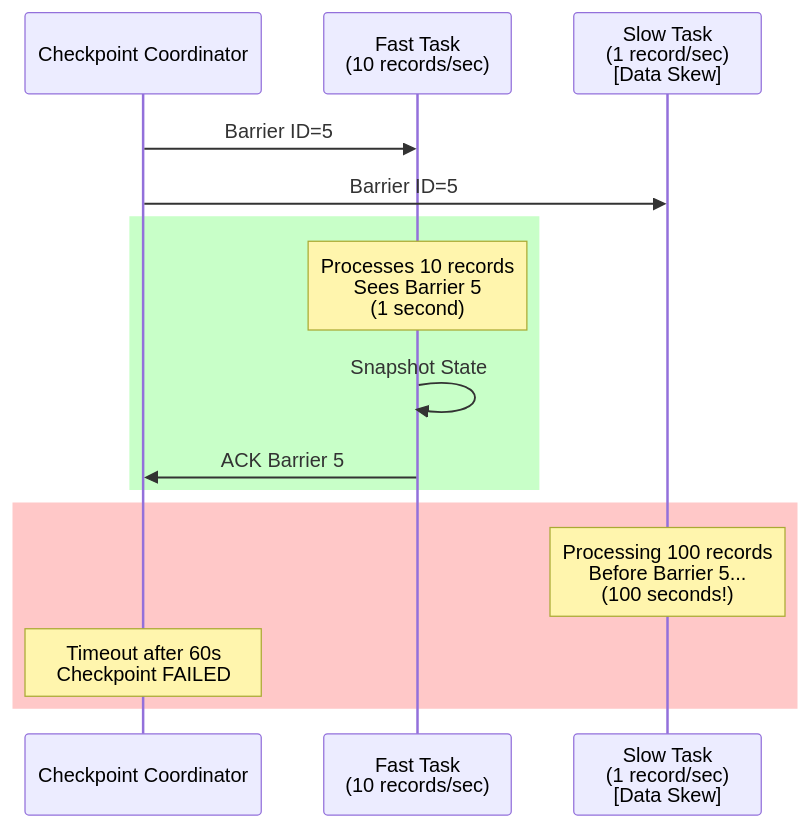
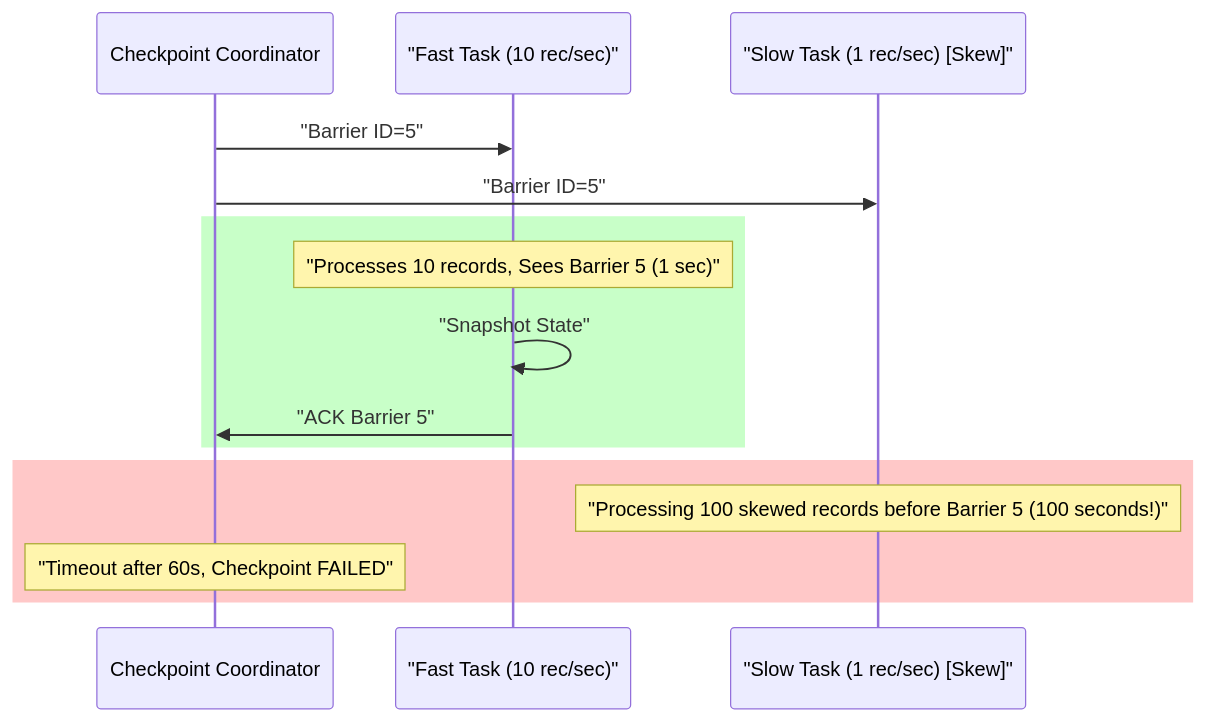
The fifth of 5 diagrams in Stream Processing/02_Apache_Flink.md (Anmol33/SystemDesign), drawn with Mermaid before and after one commit. The commit also changed other lines of this file and 7 other files, not shown here.

````diff
--- a/Stream Processing/02_Apache_Flink.md
+++ b/Stream Processing/02_Apache_Flink.md
@@ -253,20 +541,20 @@
 ```mermaid
 sequenceDiagram
     participant Coord as Checkpoint Coordinator
-    participant Fast as Fast Task<br/>(10 records/sec)
-    participant Slow as Slow Task<br/>(1 record/sec)<br/>[Data Skew]
+    participant Fast as "Fast Task (10 rec/sec)"
+    participant Slow as "Slow Task (1 rec/sec) [Skew]"
     
-    Coord->>Fast: Barrier ID=5
-    Coord->>Slow: Barrier ID=5
+    Coord->>Fast: "Barrier ID=5"
+    Coord->>Slow: "Barrier ID=5"
     
     rect rgb(200, 255, 200)
-        Note over Fast: Processes 10 records<br/>Sees Barrier 5<br/>(1 second)
-        Fast->>Fast: Snapshot State
-        Fast->>Coord: ACK Barrier 5
+        Note over Fast: "Processes 10 records, Sees Barrier 5 (1 sec)"
+        Fast->>Fast: "Snapshot State"
+        Fast->>Coord: "ACK Barrier 5"
     end
     
     rect rgb(255, 200, 200)
-        Note over Slow: Processing 100 records<br/>Before Barrier 5...<br/>(100 seconds!)
-        Note over Coord: Timeout after 60s<br/>Checkpoint FAILED
+        Note over Slow: "Processing 100 skewed records before Barrier 5 (100 seconds!)"
+        Note over Coord: "Timeout after 60s, Checkpoint FAILED"
     end
 ```
````
